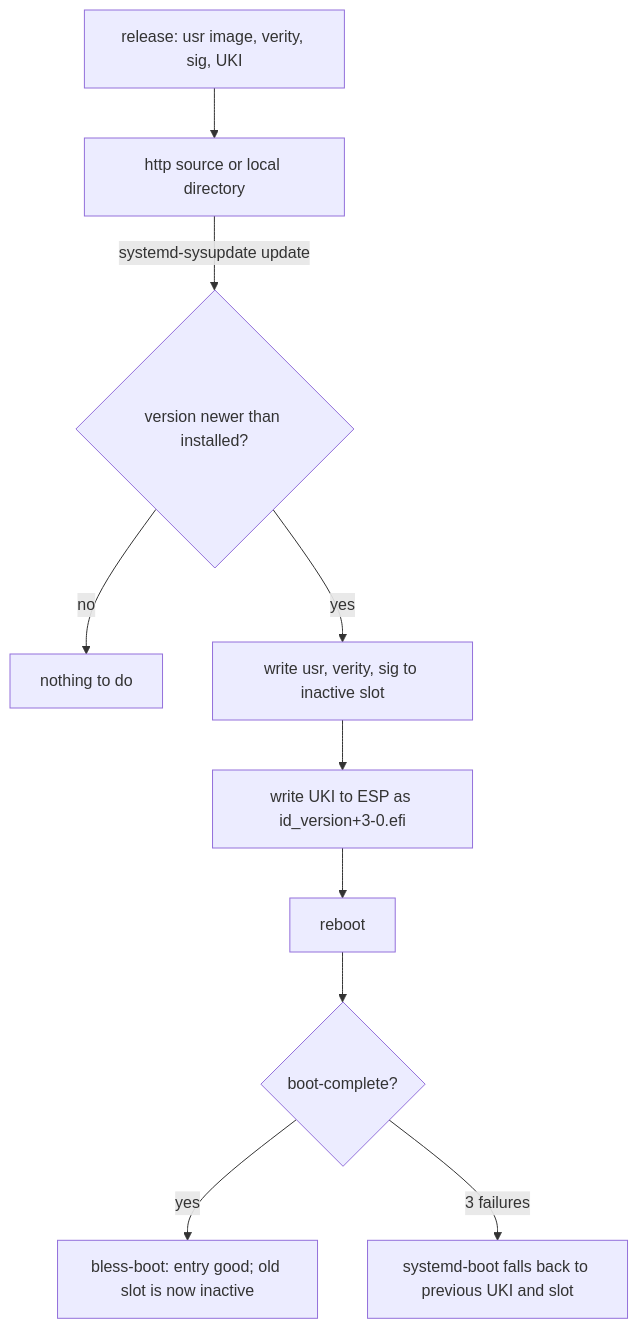
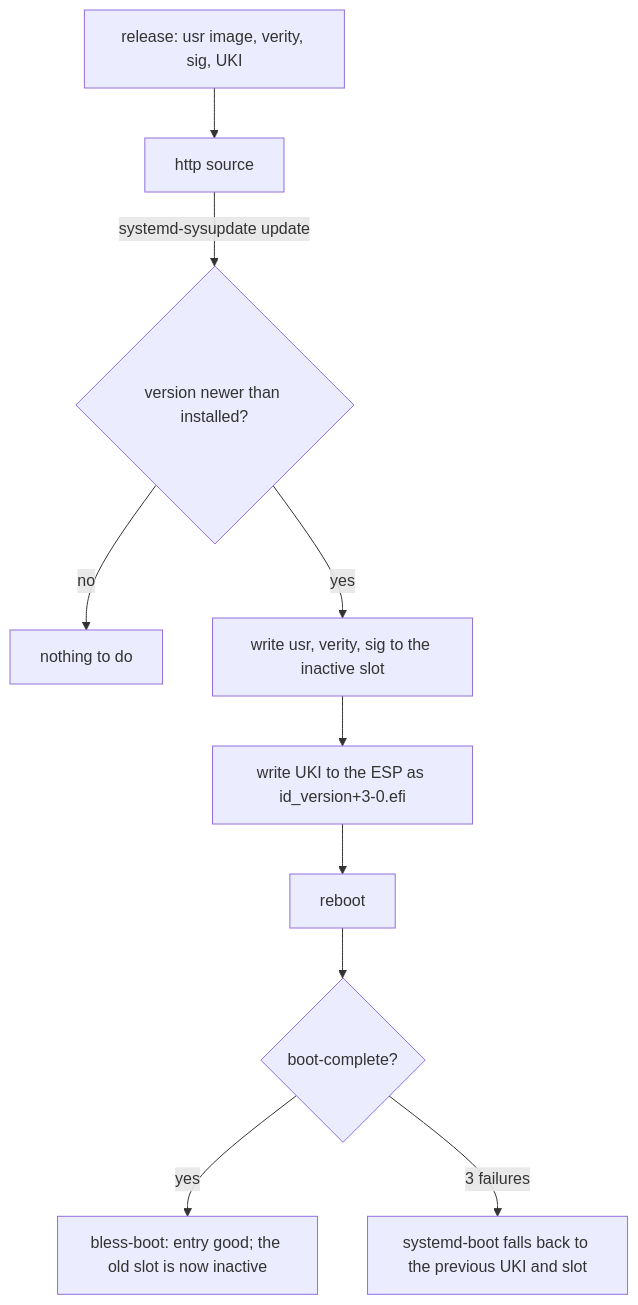
The diagram in docs/design/updates.md (slophaer/golconda), drawn with Mermaid before and after one commit. The commit also changed other lines of this file and 18 other files, not shown here.

````diff
--- a/docs/design/updates.md
+++ b/docs/design/updates.md
@@ -9,12 +8,12 @@
 ```mermaid
 flowchart TD
-  rel[release: usr image, verity, sig, UKI] --> src[http source or local directory]
+  rel[release: usr image, verity, sig, UKI] --> src[http source]
   src -->|systemd-sysupdate update| chk{version newer than installed?}
   chk -->|no| done[nothing to do]
-  chk -->|yes| w1[write usr, verity, sig to inactive slot]
-  w1 --> w2[write UKI to ESP as id_version+3-0.efi]
+  chk -->|yes| w1[write usr, verity, sig to the inactive slot]
+  w1 --> w2[write UKI to the ESP as id_version+3-0.efi]
   w2 --> reboot
   reboot --> good{boot-complete?}
-  good -->|yes| bless[bless-boot: entry good; old slot is now inactive]
-  good -->|3 failures| fallback[systemd-boot falls back to previous UKI and slot]
+  good -->|yes| bless[bless-boot: entry good; the old slot is now inactive]
+  good -->|3 failures| fallback[systemd-boot falls back to the previous UKI and slot]
 ```
````
